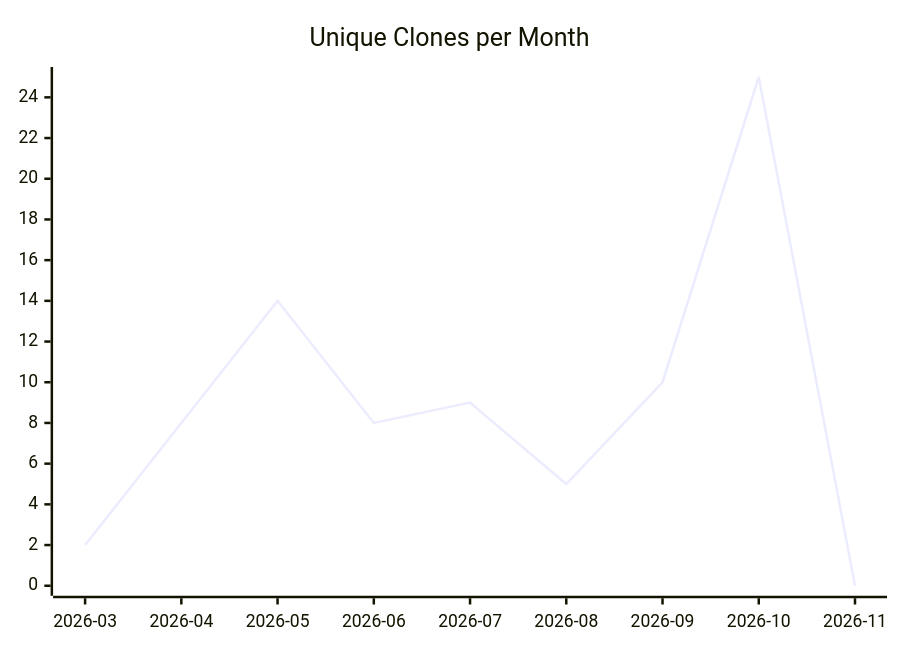
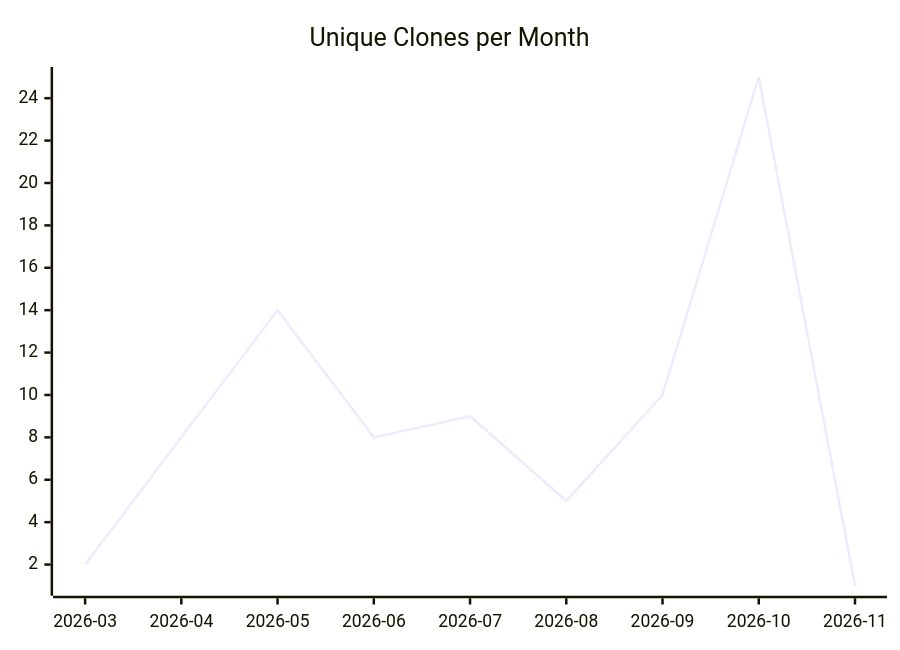
The third of 3 diagrams in karlmdavis/kobjects/README.md (justdavis-family/github-analytics-data), drawn with Mermaid before and after one commit. The commit also changed other lines of this file and 190 other files, not shown here.

````diff
--- a/karlmdavis/kobjects/README.md
+++ b/karlmdavis/kobjects/README.md
@@ -19,6 +19,6 @@
 ```mermaid
 xychart-beta
   title "Unique Clones per Month"
   x-axis ["2026-03", "2026-04", "2026-05", "2026-06", "2026-07", "2026-08", "2026-09", "2026-10", "2026-11"]
-  line [2, 8, 14, 8, 9, 5, 10, 25, 0]
+  line [2, 8, 14, 8, 9, 5, 10, 25, 1]
 ```
````
